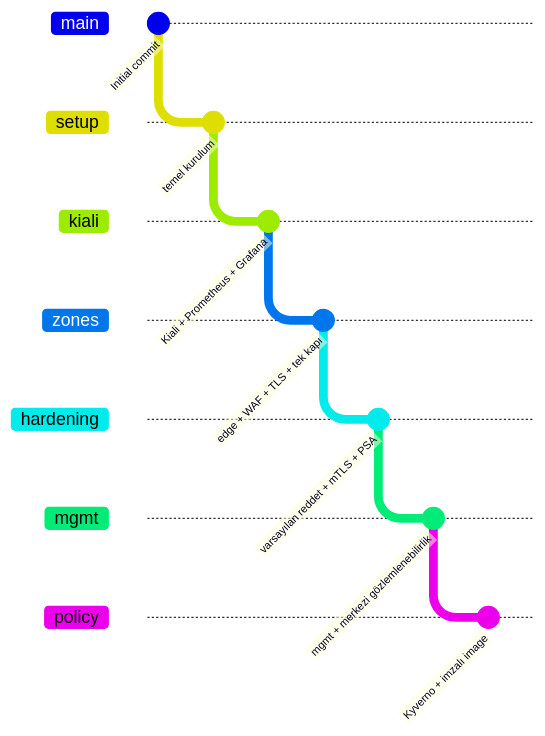
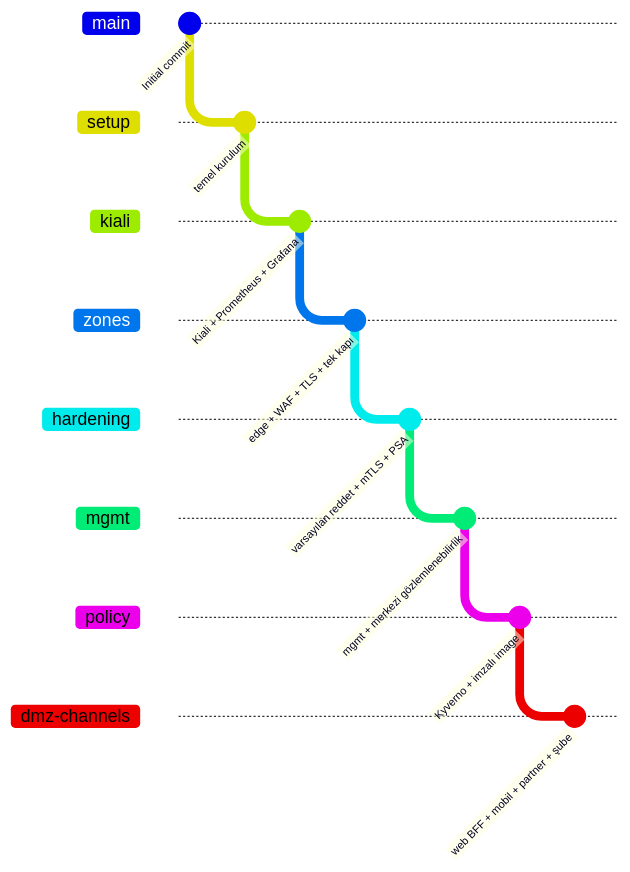
Before and after one commit to olgunyldz/service-mesh-lab: the diagram in docs/README.md, drawn with Mermaid. The commit also changed other lines of this file and 31 other files, not shown here.

First line of the commit message:
DMZ kanalları: Web BFF, mobil, partner ve şube gateway'leri

````diff
--- a/docs/README.md
+++ b/docs/README.md
@@ -5,22 +5,25 @@
 ```mermaid
 gitGraph
     commit id: "Initial commit"
     branch setup
     checkout setup
     commit id: "temel kurulum"
     branch kiali
     checkout kiali
     commit id: "Kiali + Prometheus + Grafana"
     branch zones
     checkout zones
     commit id: "edge + WAF + TLS + tek kapı"
     branch hardening
     checkout hardening
     commit id: "varsayılan reddet + mTLS + PSA"
     branch mgmt
     checkout mgmt
     commit id: "mgmt + merkezi gözlemlenebilirlik"
     branch policy
     checkout policy
     commit id: "Kyverno + imzalı image"
+    branch dmz-channels
+    checkout dmz-channels
+    commit id: "web BFF + mobil + partner + şube"
 ```
````
